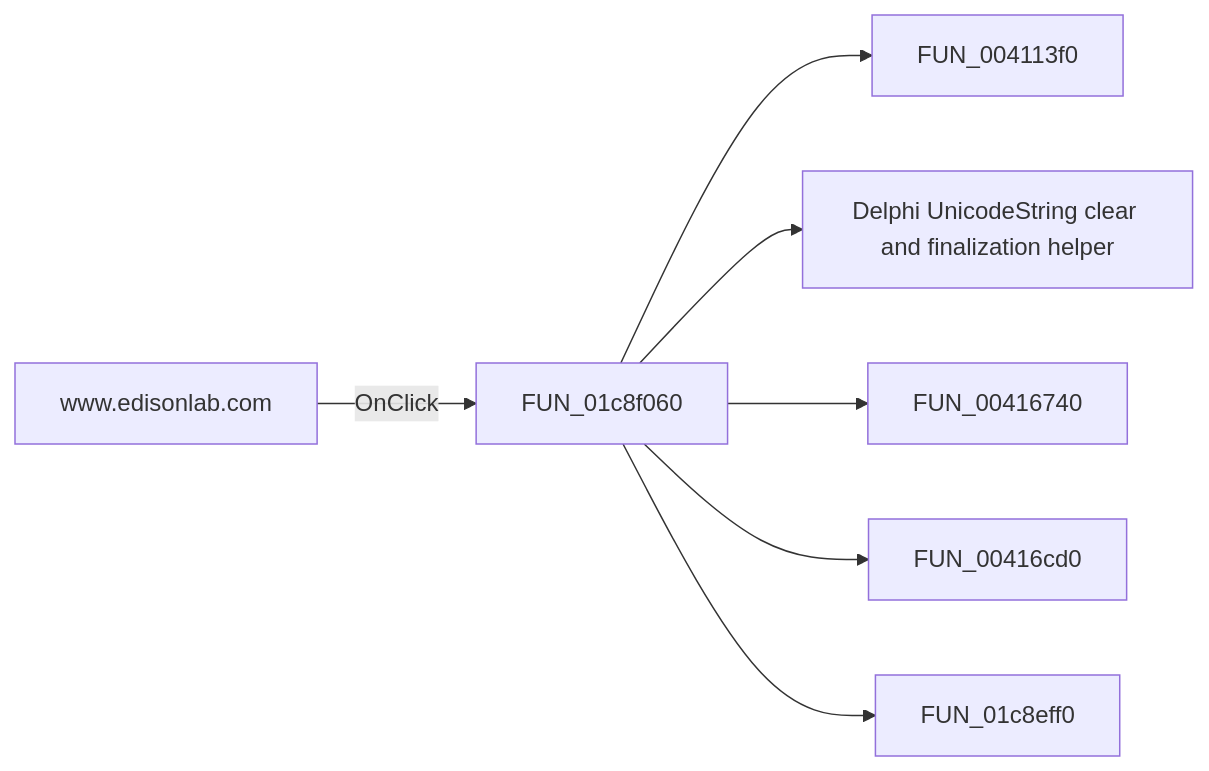
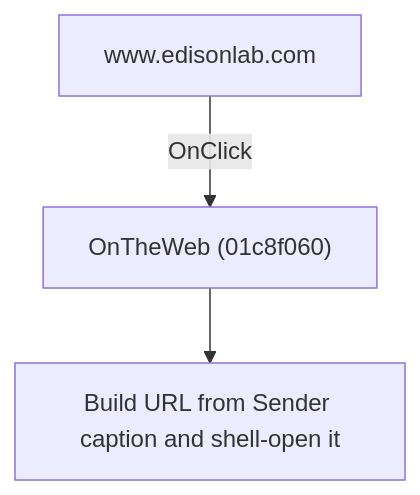
One commit to MovGP0/TIARA changed the diagram in docs/ui-controls/schematiceditor/wwwedisonlabcom-a5217d8602.md. Above: the diagram before and after it, drawn with Mermaid. The commit also changed other lines of this file and 1062 other files, not shown here.

````diff
--- a/docs/ui-controls/schematiceditor/wwwedisonlabcom-a5217d8602.md
+++ b/docs/ui-controls/schematiceditor/wwwedisonlabcom-a5217d8602.md
@@ -27,9 +27,5 @@
 ```mermaid
-flowchart LR
-    control["www.edisonlab.com"] -->|OnClick| handler["FUN_01c8f060"]
-    handler --> call1["FUN_004113f0"]
-    handler --> call2["Delphi UnicodeString clear and finalization helper"]
-    handler --> call3["FUN_00416740"]
-    handler --> call4["FUN_00416cd0"]
-    handler --> call5["FUN_01c8eff0"]
+flowchart TD
+    control["www.edisonlab.com"] -->|"OnClick"| handler["OnTheWeb (01c8f060)"]
+    handler --> action["Build URL from Sender caption and shell-open it"]
 ```
````
